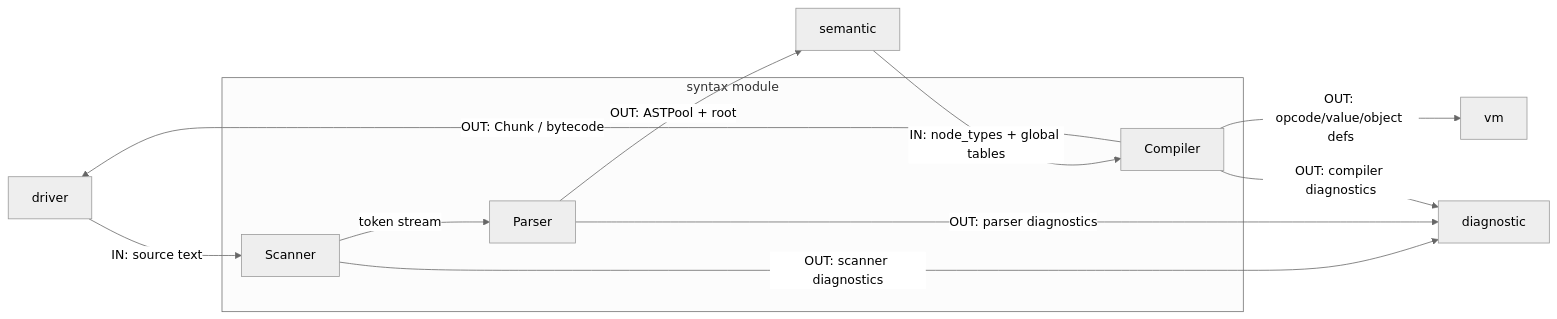
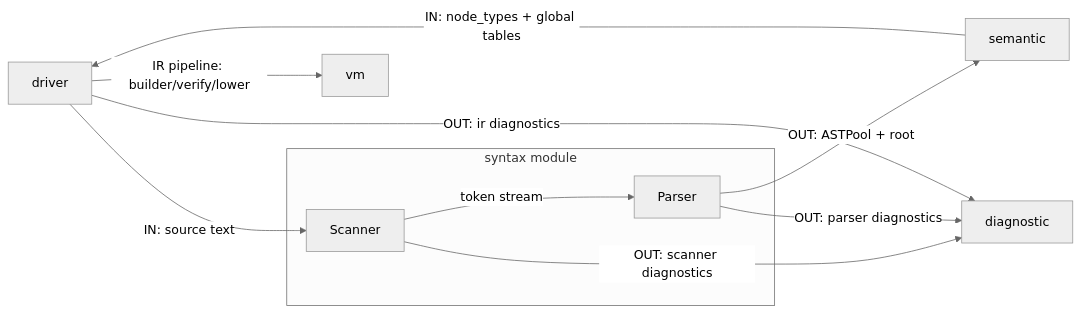
The diagram in include/niki/l0_core/syntax/readme.md (nikiplus/niki), drawn with Mermaid (neutral theme) before and after one commit. The commit also changed other lines of this file and 46 other files, not shown here.

````diff
--- a/include/niki/l0_core/syntax/readme.md
+++ b/include/niki/l0_core/syntax/readme.md
@@ -15,24 +15,22 @@
 ```mermaid
 graph LR
     MOD_DRIVER[driver]
     MOD_SEMANTIC[semantic]
     MOD_VM[vm]
     MOD_DIAG[diagnostic]
 
     subgraph SXM[syntax module]
         STAGE_SCAN[Scanner]
         STAGE_PARSE[Parser]
-        STAGE_COMPILE[Compiler]
         STAGE_SCAN -->|token stream| STAGE_PARSE
     end
 
     MOD_DRIVER -->|IN: source text| STAGE_SCAN
     STAGE_PARSE -->|OUT: ASTPool + root| MOD_SEMANTIC
-    MOD_SEMANTIC -->|IN: node_types + global tables| STAGE_COMPILE
-    STAGE_COMPILE -->|OUT: Chunk / bytecode| MOD_DRIVER
-    STAGE_COMPILE -->|OUT: opcode/value/object defs| MOD_VM
+    MOD_SEMANTIC -->|IN: node_types + global tables| MOD_DRIVER
+    MOD_DRIVER -->|IR pipeline: builder/verify/lower| MOD_VM
 
     STAGE_SCAN -->|OUT: scanner diagnostics| MOD_DIAG
     STAGE_PARSE -->|OUT: parser diagnostics| MOD_DIAG
-    STAGE_COMPILE -->|OUT: compiler diagnostics| MOD_DIAG
+    MOD_DRIVER -->|OUT: ir diagnostics| MOD_DIAG
 ```
````
